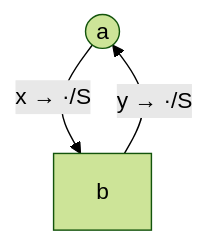
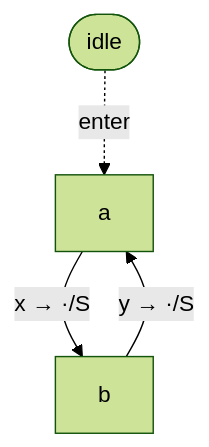
The fifth of 8 diagrams in packages/machine/README.md (mellonis/turing-machine-js), drawn with Mermaid (forest theme) before and after one commit. The commit also changed other lines of this file and 5 other files, not shown here.

````diff
--- a/packages/machine/README.md
+++ b/packages/machine/README.md
@@ -308,8 +312,10 @@
 ```mermaid
 flowchart TD
 %% alphabets: [[" ","x","y"]]
-  s1(("a"))
+  s1["a"]
   s2["b"]
+  idle([idle])
+  idle -. enter .-> s1
   s1 -- "x → ·/S" --> s2
   s2 -- "y → ·/S" --> s1
 ```
````
